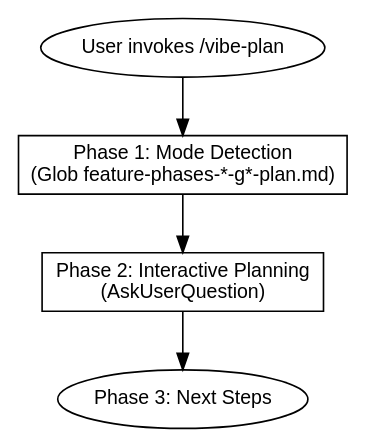
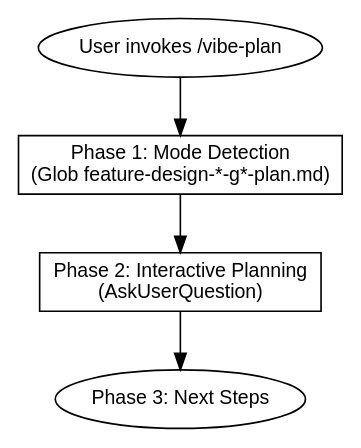
One commit to Yumoxj/vibe-ops changed the first of 2 diagrams in skills/vibe-plan/SKILL.md. Above: the diagram before and after it, drawn with Graphviz. The commit also changed other lines of this file and 26 other files, not shown here.

First line of the commit message:
feat: merge feature-phases into feature-design and enforce foundation checks

````diff
--- a/skills/vibe-plan/SKILL.md
+++ b/skills/vibe-plan/SKILL.md
@@ -22,15 +22,15 @@
 ```dot
 digraph plan_overview {
     rankdir=TB;
     node [fontname="Arial", fontsize=12];
 
     start [shape=ellipse, label="User invokes /vibe-plan"];
-    phase1 [shape=box, label="Phase 1: Mode Detection\n(Glob feature-phases-*-g*-plan.md)"];
+    phase1 [shape=box, label="Phase 1: Mode Detection\n(Glob feature-design-*-g*-plan.md)"];
     phase2 [shape=box, label="Phase 2: Interactive Planning\n(AskUserQuestion)"];
     phase3 [shape=ellipse, label="Phase 3: Next Steps"];
 
     start -> phase1;
     phase1 -> phase2;
     phase2 -> phase3;
 }
 ```
````
